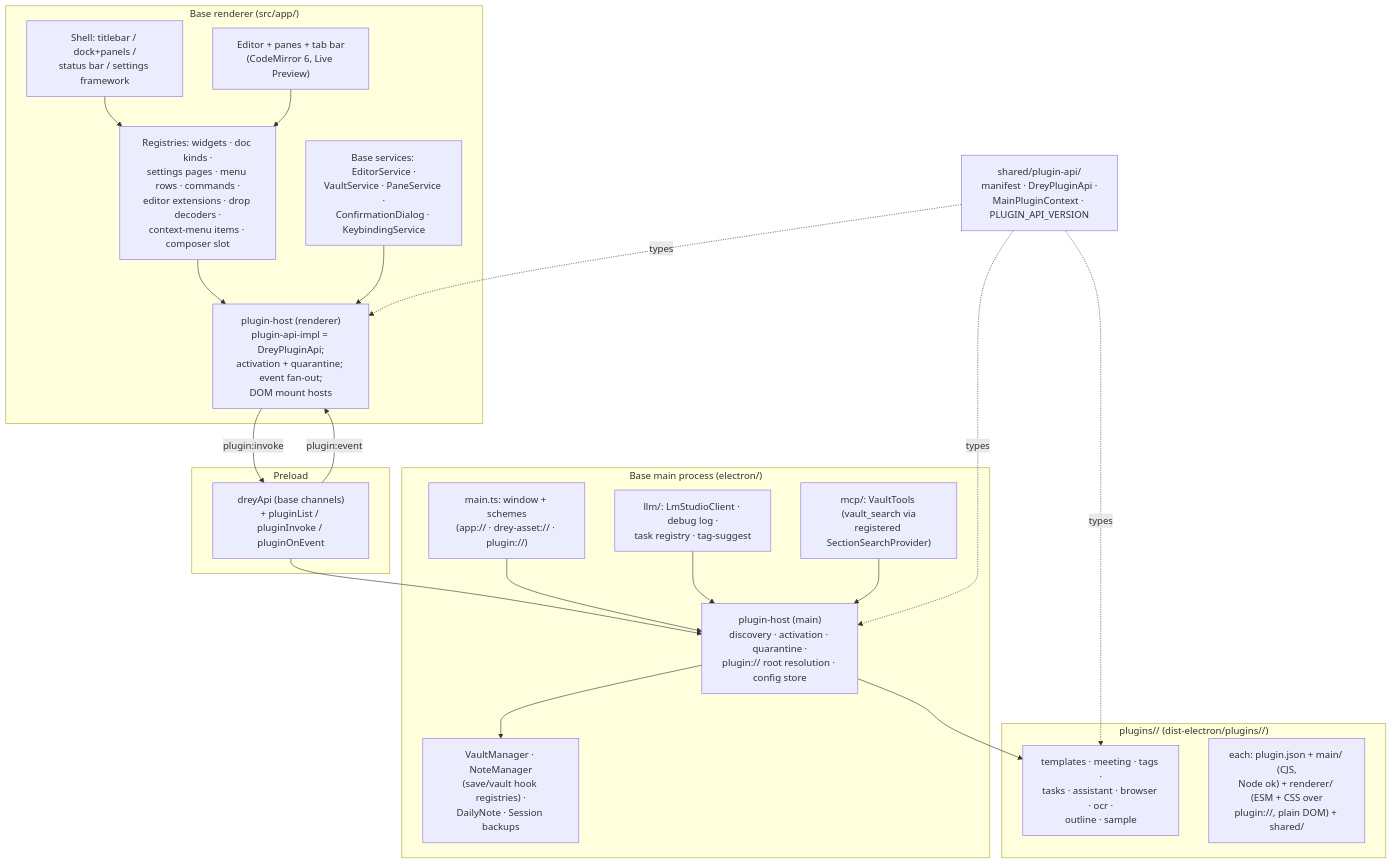
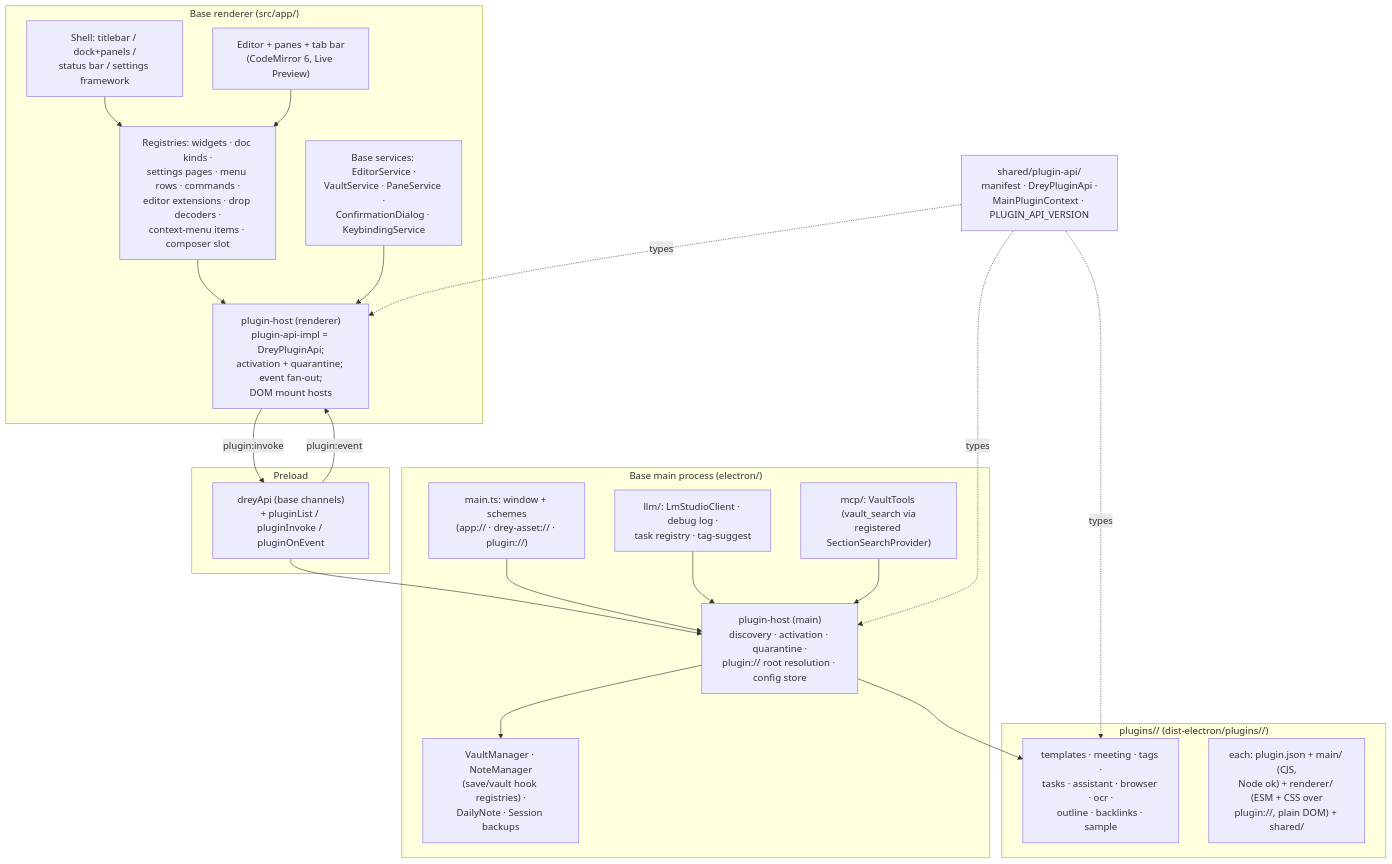
Before and after one commit to HenrikPuls/Drey: the first of 4 diagrams in docs/05_building_block_view.md, drawn with Mermaid. The commit also changed other lines of this file and 34 other files, not shown here.

````diff
--- a/docs/05_building_block_view.md
+++ b/docs/05_building_block_view.md
@@ -111,41 +113,41 @@
 ```mermaid
 graph TB
     subgraph PR["Base renderer (src/app/)"]
         Shell["Shell: titlebar / dock+panels /\nstatus bar / settings framework"]
         Editor["Editor + panes + tab bar\n(CodeMirror 6, Live Preview)"]
         Registries["Registries: widgets · doc kinds ·\nsettings pages · menu rows · commands ·\neditor extensions · drop decoders ·\ncontext-menu items · composer slot"]
         HostR["plugin-host (renderer)\nplugin-api-impl = DreyPluginApi;\nactivation + quarantine; event fan-out;\nDOM mount hosts"]
         Services["Base services: EditorService ·\nVaultService · PaneService ·\nConfirmationDialog · KeybindingService"]
     end
     subgraph Preload["Preload"]
         Bridge["dreyApi (base channels)\n+ pluginList / pluginInvoke / pluginOnEvent"]
     end
     subgraph Main["Base main process (electron/)"]
         MainTs["main.ts: window + schemes\n(app:// · drey-asset:// · plugin://)"]
         HostM["plugin-host (main)\ndiscovery · activation · quarantine ·\nplugin:// root resolution · config store"]
         IO["VaultManager · NoteManager\n(save/vault hook registries) ·\nDailyNote · Session backups"]
         LLM["llm/: LmStudioClient · debug log ·\ntask registry · tag-suggest"]
         MCP["mcp/: VaultTools (vault_search via\nregistered SectionSearchProvider)"]
     end
     subgraph Plugins["plugins/<id>/  (dist-electron/plugins/<id>/)"]
-        P1["templates · meeting · tags ·\ntasks · assistant · browser · ocr ·\noutline · sample"]
+        P1["templates · meeting · tags ·\ntasks · assistant · browser · ocr ·\noutline · backlinks · sample"]
         P2["each: plugin.json + main/ (CJS,\nNode ok) + renderer/ (ESM + CSS over\nplugin://, plain DOM) + shared/"]
     end
     SDK["shared/plugin-api/\nmanifest · DreyPluginApi ·\nMainPluginContext · PLUGIN_API_VERSION"]
 
     Shell --> Registries
     Registries --> HostR
     Editor --> Registries
     HostR -->|"plugin:invoke"| Bridge
     Bridge -->|"plugin:event"| HostR
     Bridge --> HostM
     HostM --> P1
     MainTs --> HostM
     HostM --> IO
     Services --> HostR
     LLM --> HostM
     MCP --> HostM
     SDK -.->|types| HostR
     SDK -.->|types| HostM
     SDK -.->|types| P1
 ```
````
